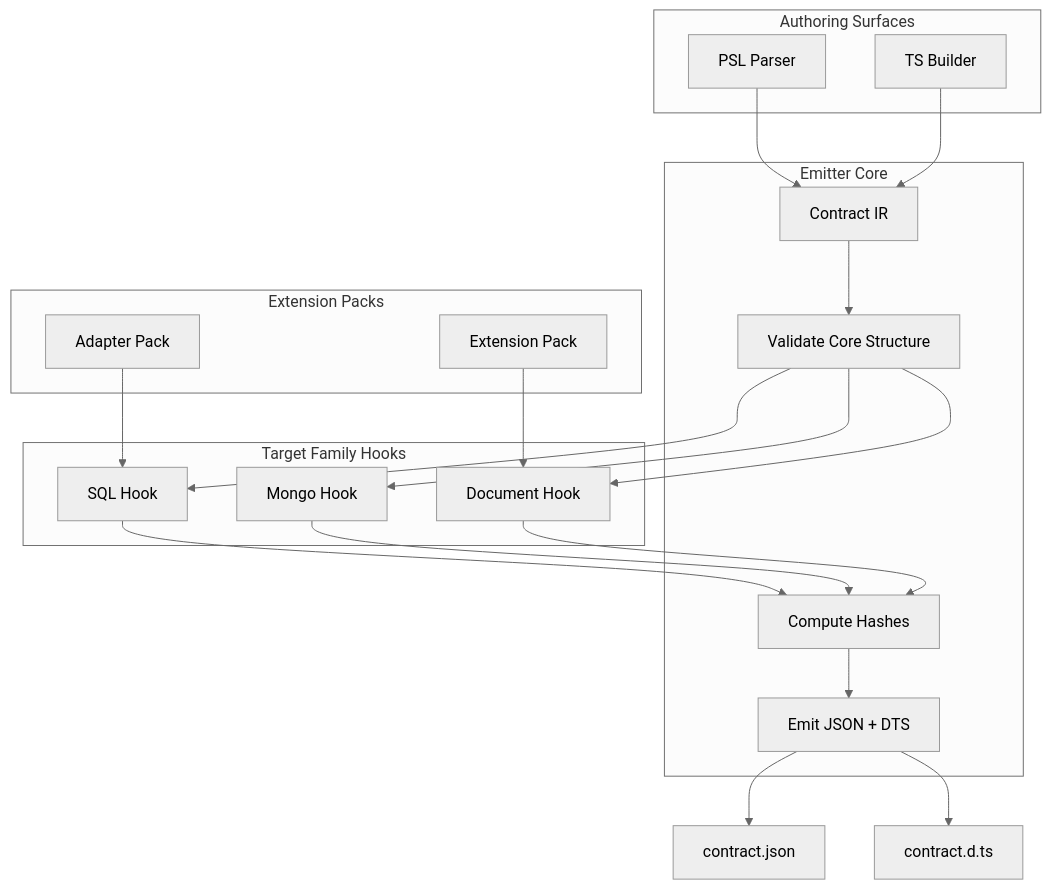
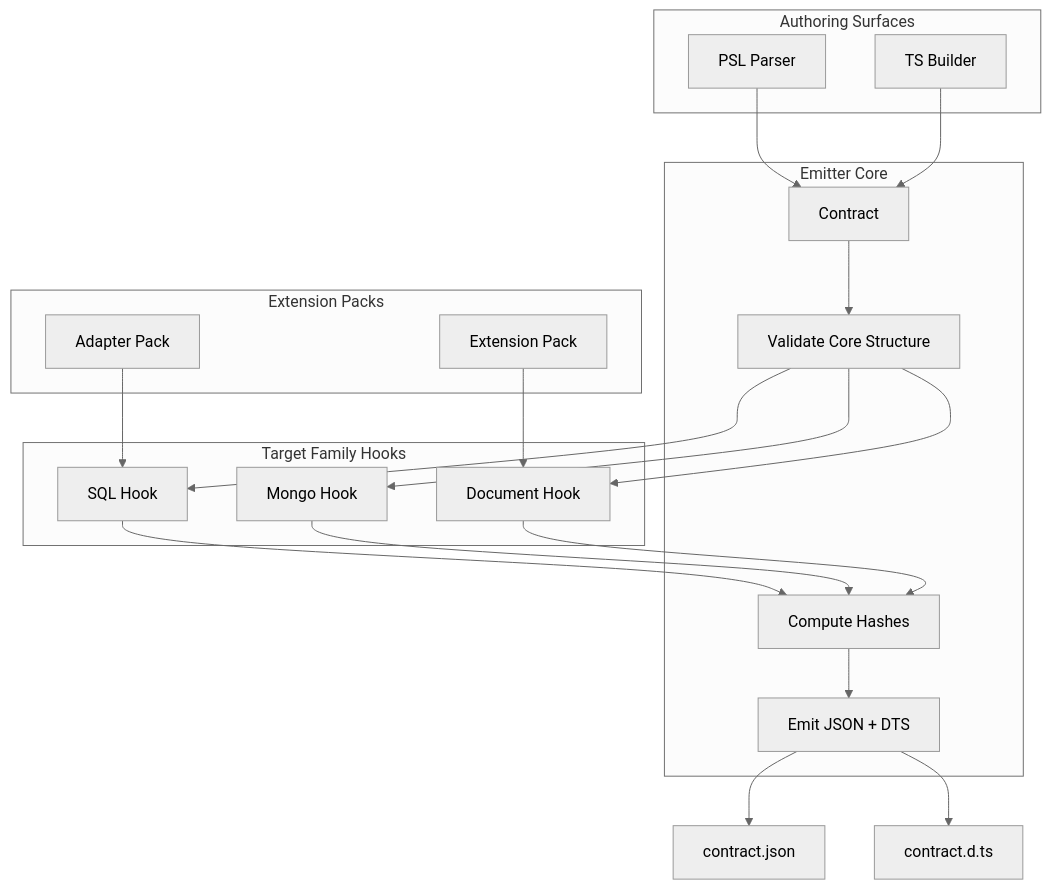
Before and after one commit to prisma/prisma-next: the diagram in packages/1-framework/3-tooling/emitter/README.md, drawn with Mermaid (neutral theme). The commit also changed other lines of this file and 24 other files, not shown here.

````diff
--- a/packages/1-framework/3-tooling/emitter/README.md
+++ b/packages/1-framework/3-tooling/emitter/README.md
@@ -36,40 +36,40 @@
 ```mermaid
 flowchart TD
     subgraph "Authoring Surfaces"
         PSL[PSL Parser]
         TS[TS Builder]
     end
 
     subgraph "Emitter Core"
-        IR[Contract IR]
+        IR[Contract]
         VAL[Validate Core Structure]
         HASH[Compute Hashes]
         EMIT[Emit JSON + DTS]
     end
 
     subgraph "Target Family Hooks"
         SQL[SQL Hook]
         MONGO[Mongo Hook]
         DOC[Document Hook]
     end
 
     subgraph "Extension Packs"
         PACK1[Adapter Pack]
         PACK2[Extension Pack]
     end
 
     PSL --> IR
     TS --> IR
     IR --> VAL
     VAL --> SQL
     VAL --> MONGO
     VAL --> DOC
     SQL --> HASH
     MONGO --> HASH
     DOC --> HASH
     PACK1 --> SQL
     PACK2 --> DOC
     HASH --> EMIT
     EMIT --> JSON[contract.json]
     EMIT --> DTS[contract.d.ts]
 ```
````
